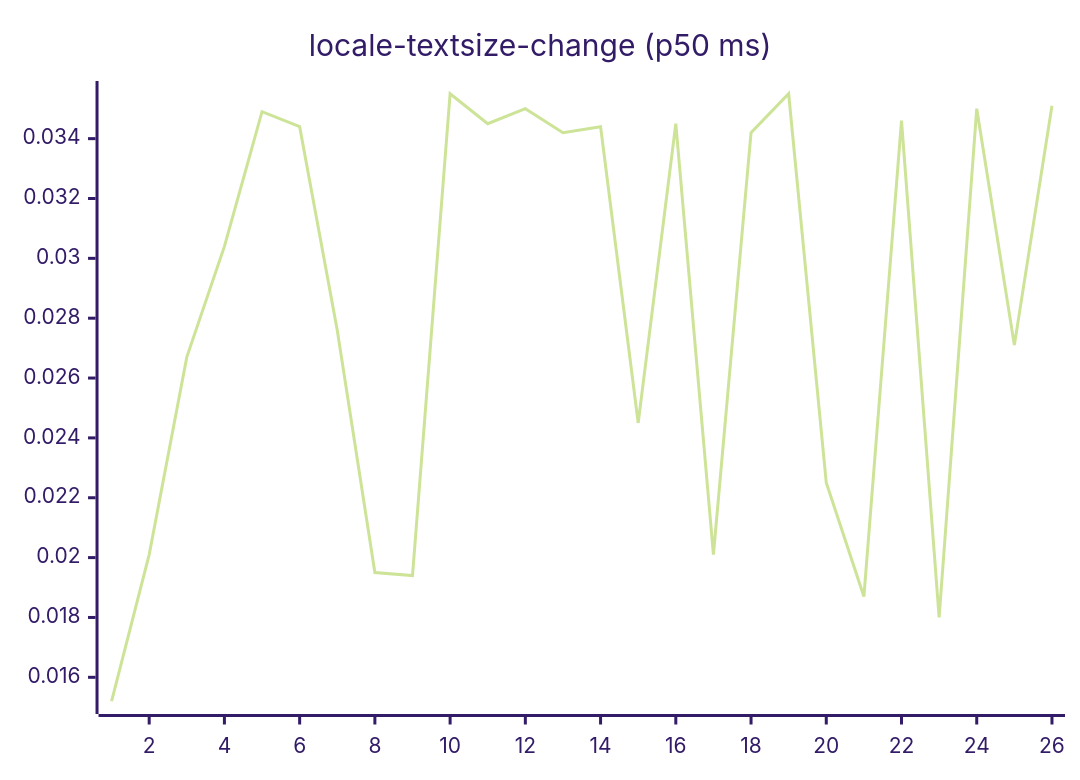
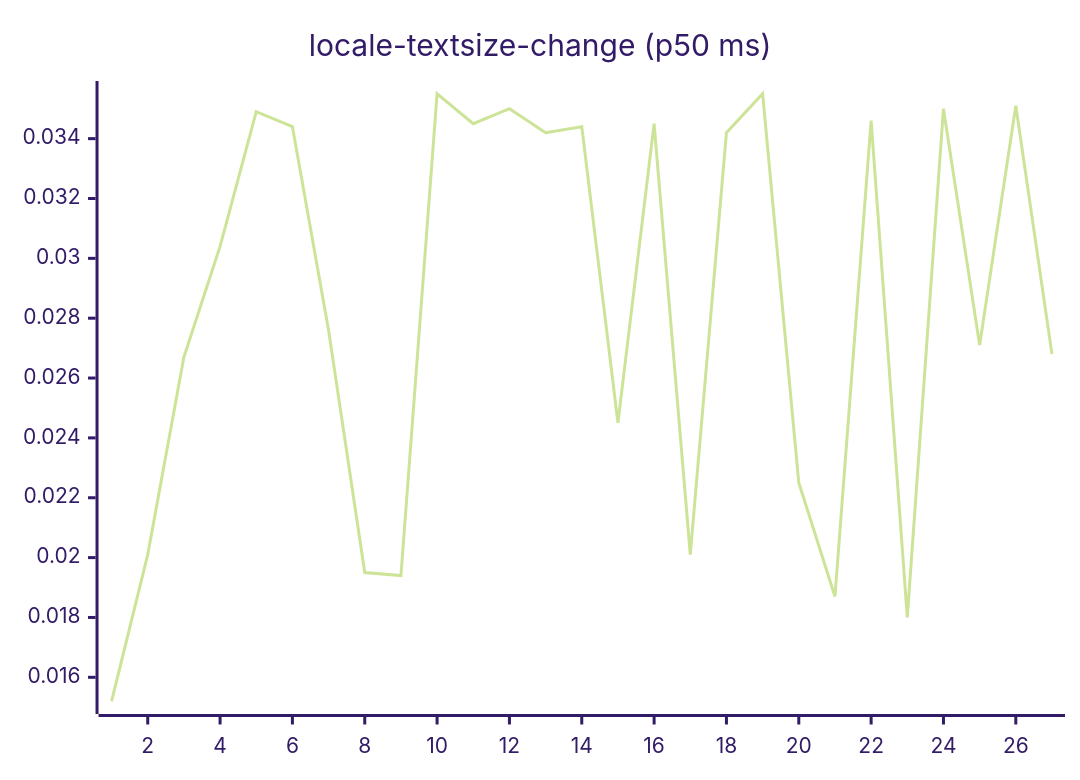
Before and after one commit to josha/Facet: diagram 13 of 27 in README.md, drawn with Mermaid (forest theme). The commit also changed other lines of this file and 2 other files, not shown here.

````diff
--- a/README.md
+++ b/README.md
@@ -147,6 +147,6 @@
 ```mermaid
 xychart-beta
     title "locale-textsize-change (p50 ms)"
-    x-axis 1 --> 26
-    line [0.0152, 0.0201, 0.0267, 0.0304, 0.0349, 0.0344, 0.0276, 0.0195, 0.0194, 0.0355, 0.0345, 0.0350, 0.0342, 0.0344, 0.0245, 0.0345, 0.0201, 0.0342, 0.0355, 0.0225, 0.0187, 0.0346, 0.0180, 0.0350, 0.0271, 0.0351]
+    x-axis 1 --> 27
+    line [0.0152, 0.0201, 0.0267, 0.0304, 0.0349, 0.0344, 0.0276, 0.0195, 0.0194, 0.0355, 0.0345, 0.0350, 0.0342, 0.0344, 0.0245, 0.0345, 0.0201, 0.0342, 0.0355, 0.0225, 0.0187, 0.0346, 0.0180, 0.0350, 0.0271, 0.0351, 0.0268]
 ```
````
